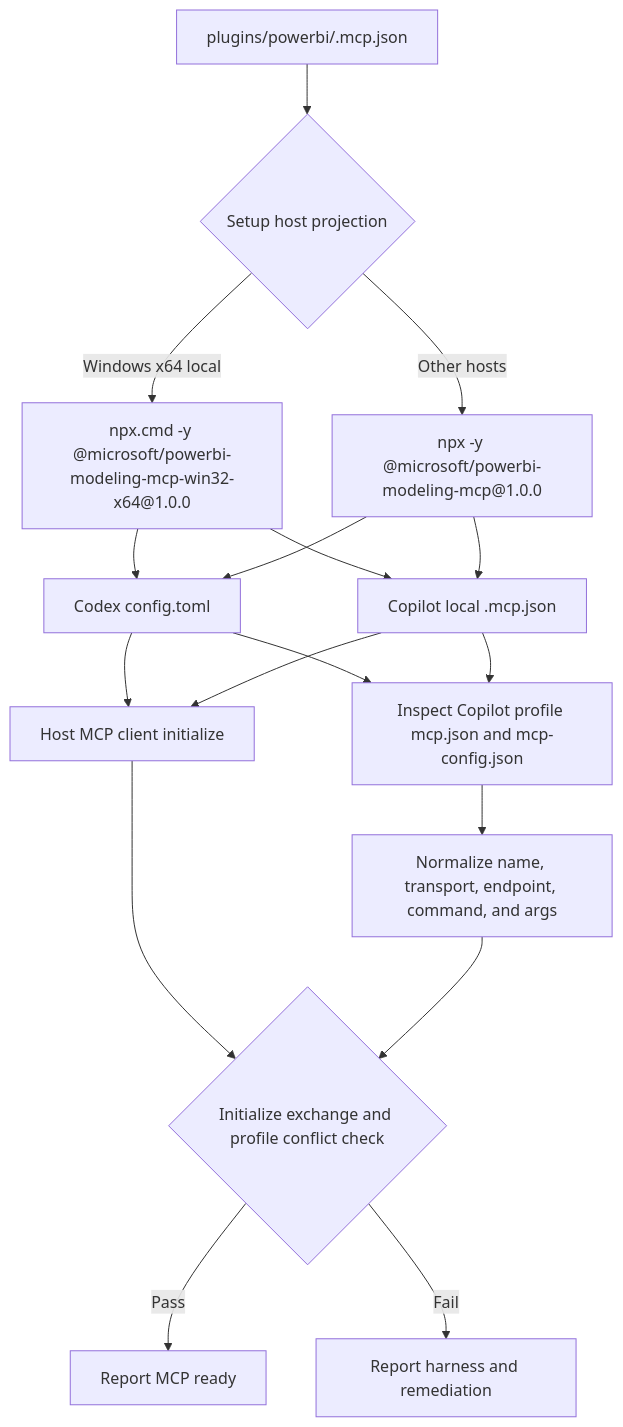
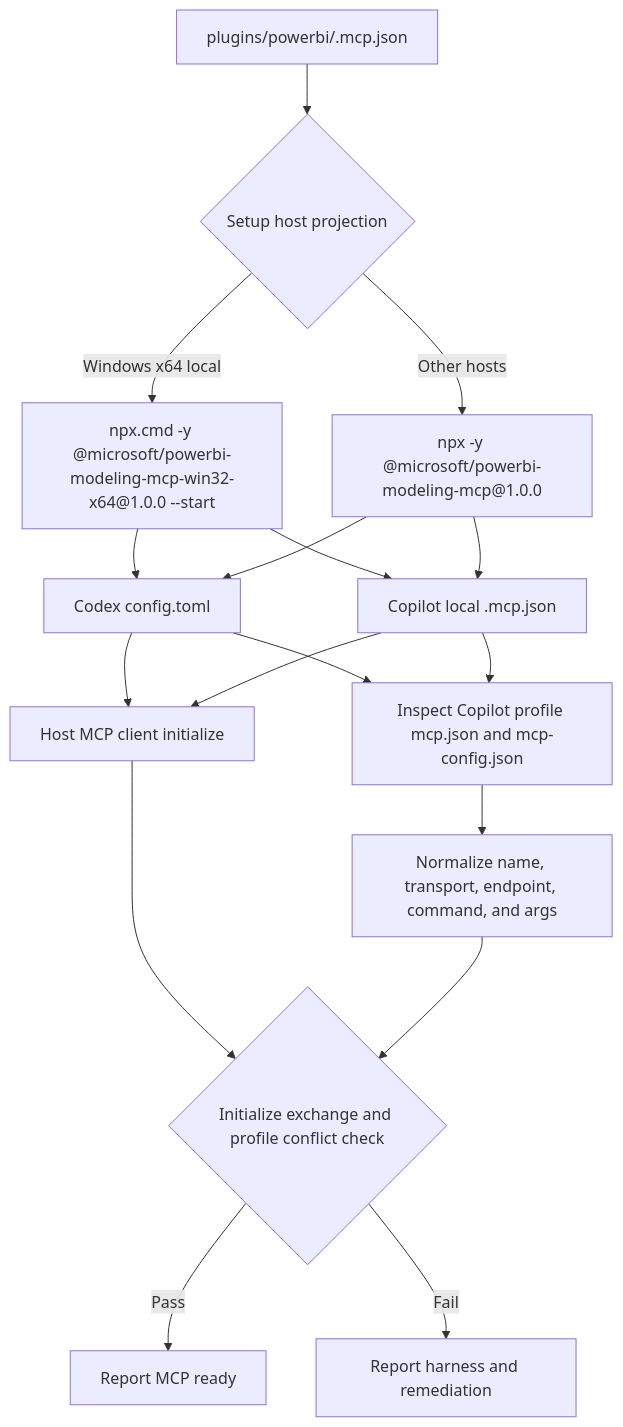
The diagram in openspec/changes/fix-windows-powerbi-modeling-mcp/design.md (YuriChadour/powerbi-agentic-plugins), drawn with Mermaid before and after one commit. The commit also changed other lines of this file and 8 other files, not shown here.

Commit message:
fix: pin Windows Power BI Modeling MCP projection

````diff
--- a/openspec/changes/fix-windows-powerbi-modeling-mcp/design.md
+++ b/openspec/changes/fix-windows-powerbi-modeling-mcp/design.md
@@ -29,19 +29,19 @@
 ```mermaid
 flowchart TD
     A[plugins/powerbi/.mcp.json] --> B{Setup host projection}
-    B -->|Windows x64 local| C[npx.cmd -y @microsoft/powerbi-modeling-mcp-win32-x64@1.0.0]
+    B -->|Windows x64 local| C[npx.cmd -y @microsoft/powerbi-modeling-mcp-win32-x64@1.0.0 --start]
     B -->|Other hosts| D[npx -y @microsoft/powerbi-modeling-mcp@1.0.0]
     C --> E[Codex config.toml]
     C --> F[Copilot local .mcp.json]
     D --> E
     D --> F
     E --> G[Host MCP client initialize]
     F --> G
     E --> K[Inspect Copilot profile mcp.json and mcp-config.json]
     F --> K
     K --> L[Normalize name, transport, endpoint, command, and args]
     G --> H{Initialize exchange and profile conflict check}
     L --> H
     H -->|Pass| I[Report MCP ready]
     H -->|Fail| J[Report harness and remediation]
 ```
````
